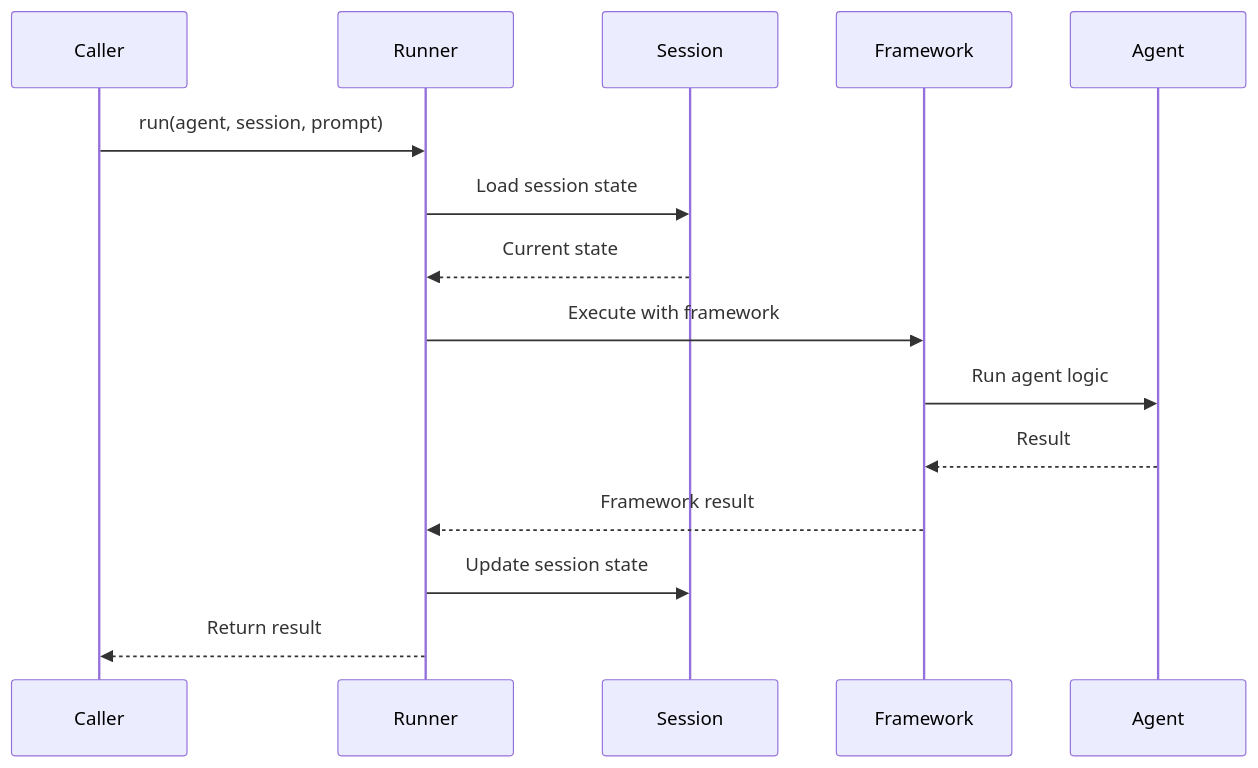
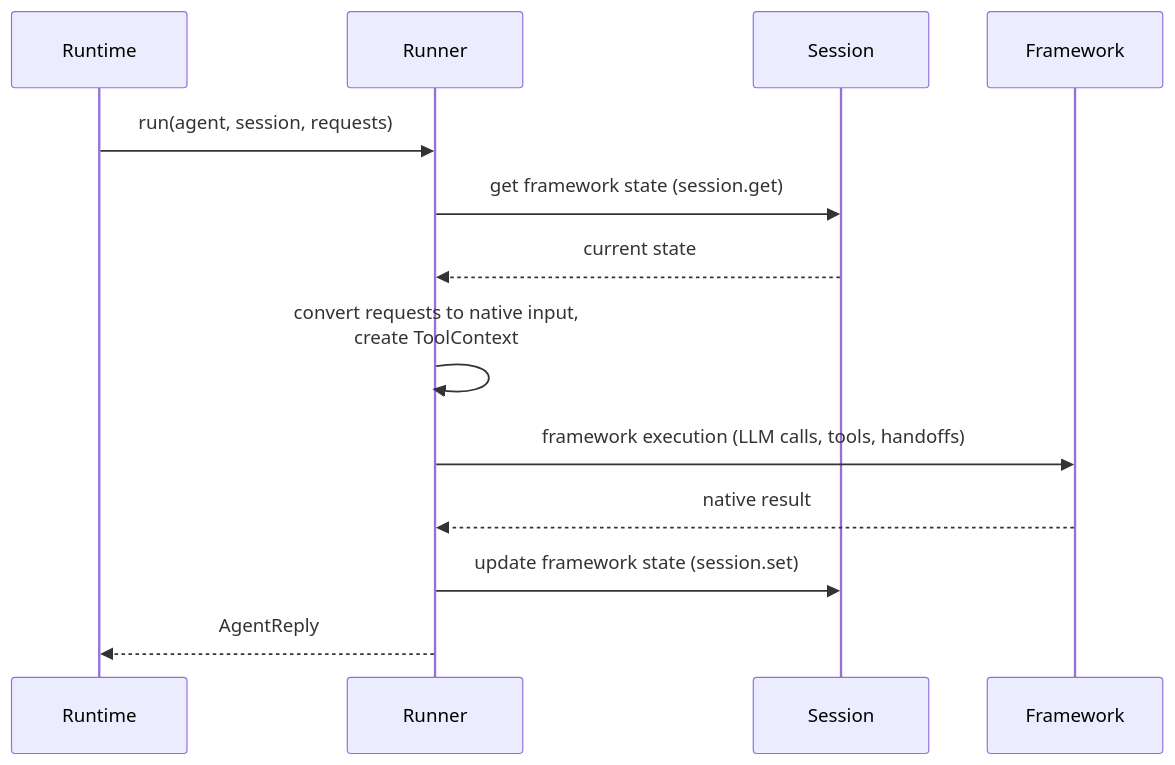
One commit to yaalalabs/agent-kernel changed the second of 2 diagrams in docs/docs/core-concepts/runner.md. Above: the diagram before and after it, drawn with Mermaid. The commit also changed other lines of this file and 41 other files, not shown here.

````diff
--- a/docs/docs/core-concepts/runner.md
+++ b/docs/docs/core-concepts/runner.md
@@ -134,18 +143,16 @@
 ```mermaid
 sequenceDiagram
-    participant C as Caller
+    participant RT as Runtime
     participant R as Runner
     participant S as Session
     participant F as Framework
-    participant A as Agent
-    
-    C->>R: run(agent, session, prompt)
-    R->>S: Load session state
-    S-->>R: Current state
-    R->>F: Execute with framework
-    F->>A: Run agent logic
-    A-->>F: Result
-    F-->>R: Framework result
-    R->>S: Update session state
-    R-->>C: Return result
+
+    RT->>R: run(agent, session, requests)
+    R->>S: get framework state (session.get)
+    S-->>R: current state
+    R->>R: convert requests to native input,<br/>create ToolContext
+    R->>F: framework execution (LLM calls, tools, handoffs)
+    F-->>R: native result
+    R->>S: update framework state (session.set)
+    R-->>RT: AgentReply
 ```
````
